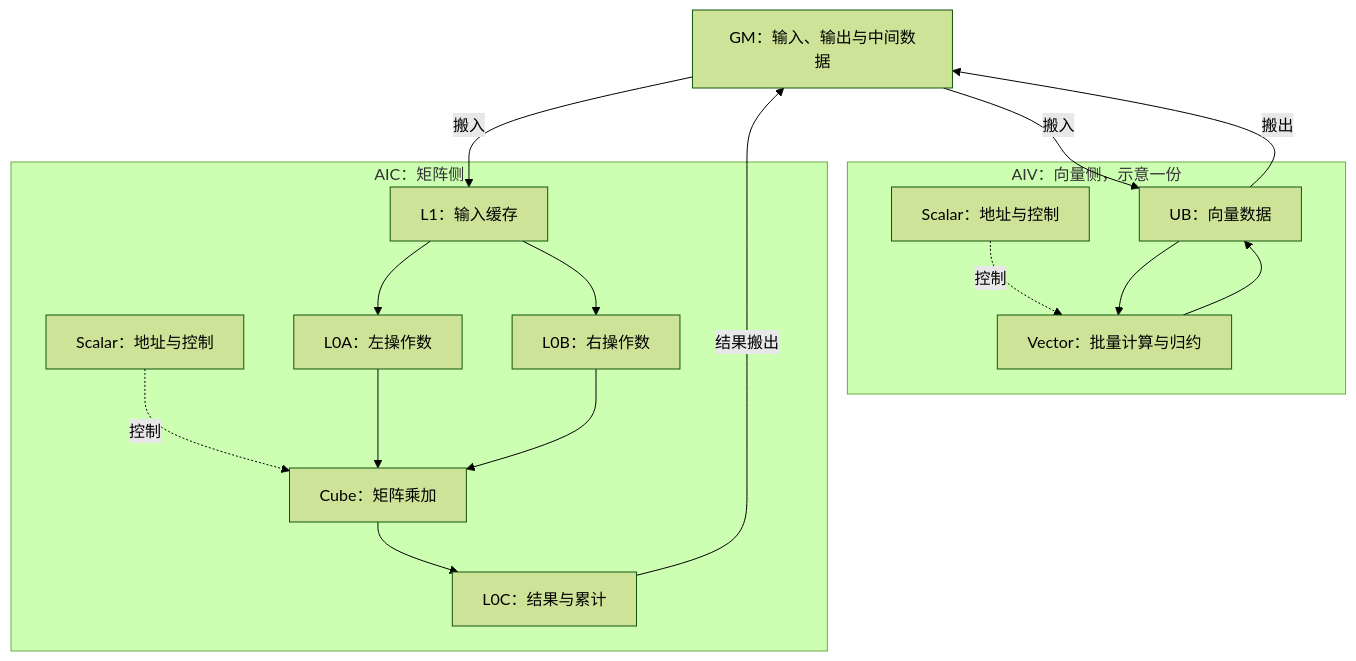
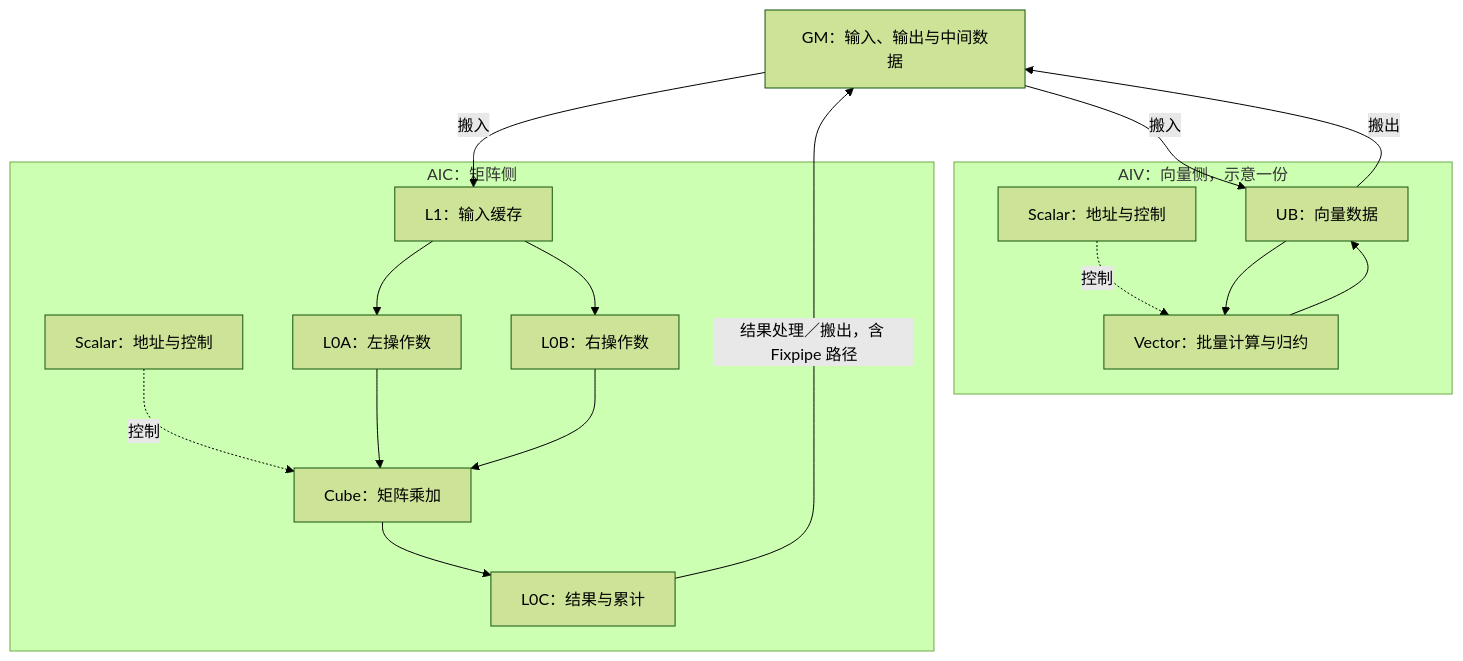
One commit to LamberttLiu/ai-kernel-101 changed the diagram in docs/drafts/hardware-dataflow.md. Above: the diagram before and after it, drawn with Mermaid (forest theme). The commit also changed other lines of this file and 5 other files, not shown here.

````diff
--- a/docs/drafts/hardware-dataflow.md
+++ b/docs/drafts/hardware-dataflow.md
@@ -125,30 +163,30 @@
 ```mermaid
 flowchart TB
     GM["GM：输入、输出与中间数据"]
     subgraph AIV["AIV：向量侧，示意一份"]
         SV["Scalar：地址与控制"]
         UB["UB：向量数据"]
         V["Vector：批量计算与归约"]
         SV -. "控制" .-> V
         UB --> V
         V --> UB
     end
     subgraph AIC["AIC：矩阵侧"]
         SC["Scalar：地址与控制"]
         L1["L1：输入缓存"]
         LA["L0A：左操作数"]
         LB["L0B：右操作数"]
         CUBE["Cube：矩阵乘加"]
         LC["L0C：结果与累计"]
         SC -. "控制" .-> CUBE
         L1 --> LA
         L1 --> LB
         LA --> CUBE
         LB --> CUBE
         CUBE --> LC
     end
     GM -->|"搬入"| UB
     UB -->|"搬出"| GM
     GM -->|"搬入"| L1
-    LC -->|"结果搬出"| GM
+    LC -->|"结果处理／搬出，含 Fixpipe 路径"| GM
 ```
````
